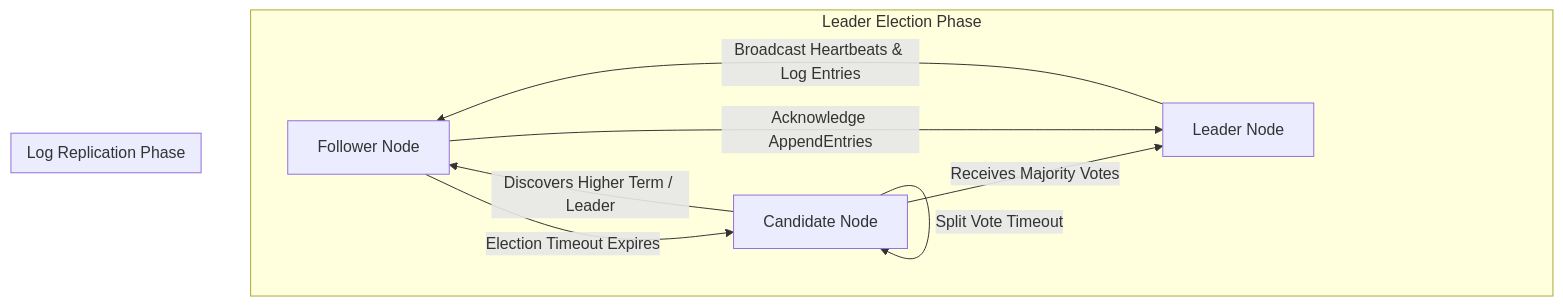
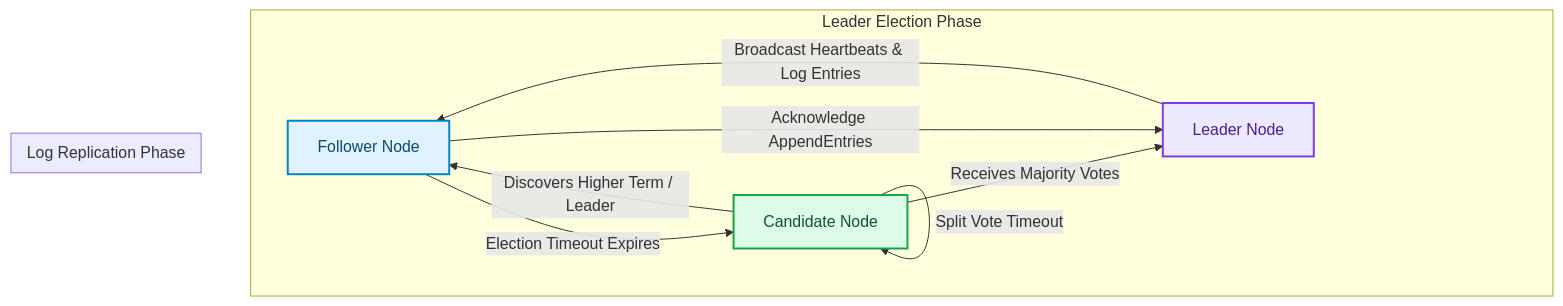
Before and after one commit to akmalkhaniub/akmalkhaniub.github.io: the diagram in blog/posts/raft-consensus-decentralized-agent-registries.md, drawn with Mermaid. The commit also changed other lines of this file and 1291 other files, not shown here.

First line of the commit message:
feat(catalog): unique covers, scholarly references, and diagram palettes

````diff
--- a/blog/posts/raft-consensus-decentralized-agent-registries.md
+++ b/blog/posts/raft-consensus-decentralized-agent-registries.md
@@ -17,15 +17,24 @@
 ```mermaid
 flowchart TD
-  A[Follower Node] -->|Election Timeout Expires| B[Candidate Node]
+  A["Follower Node"] -->|Election Timeout Expires| B["Candidate Node"]
   
   subgraph SG1_LeaderElectionPhase ["Leader Election Phase"]
-    B -->|Receives Majority Votes| C[Leader Node]
+    B -->|Receives Majority Votes| C["Leader Node"]
     B -->|Discovers Higher Term / Leader| A
     B -->|Split Vote Timeout| B
   end
   
   subgraph SG2_LogReplicationPhase ["Log Replication Phase"]
     C -->|Broadcast Heartbeats & Log Entries| A
     A -->|Acknowledge AppendEntries| C
   end
+
+classDef green fill:#dcfce7,stroke:#16a34a,stroke-width:2px,color:#14532d;
+classDef red fill:#fee2e2,stroke:#dc2626,stroke-width:2px,color:#7f1d1d;
+classDef blue fill:#e0f2fe,stroke:#0284c7,stroke-width:2px,color:#0c4a6e;
+classDef yellow fill:#fef3c7,stroke:#d97706,stroke-width:2px,color:#78350f;
+classDef purple fill:#ede9fe,stroke:#7c3aed,stroke-width:2px,color:#4c1d95;
+class A blue
+class B green
+class C purple
 ```
````
